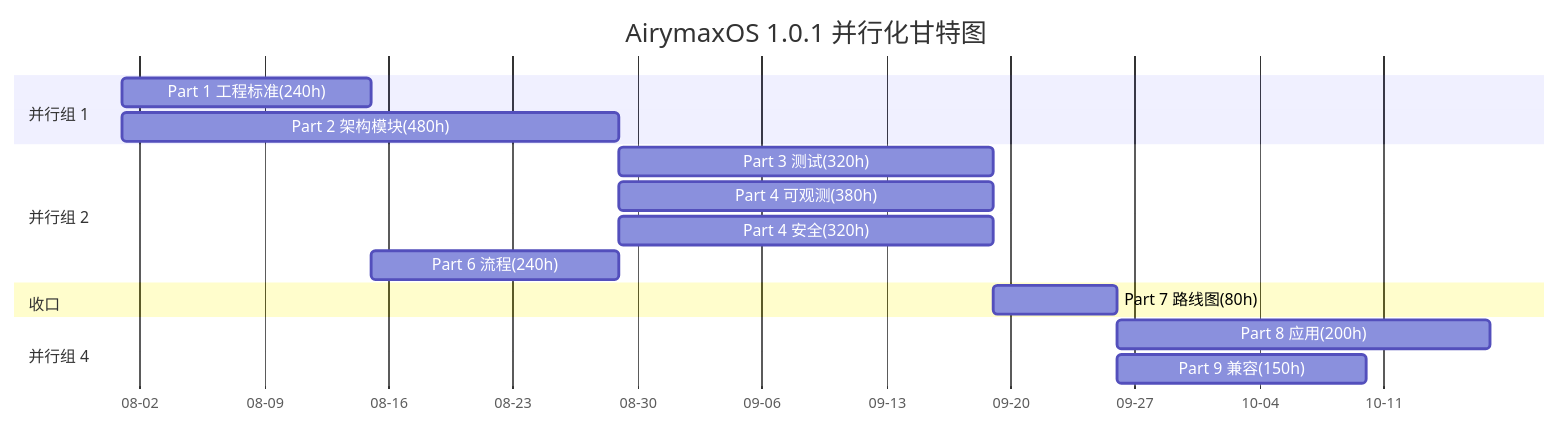
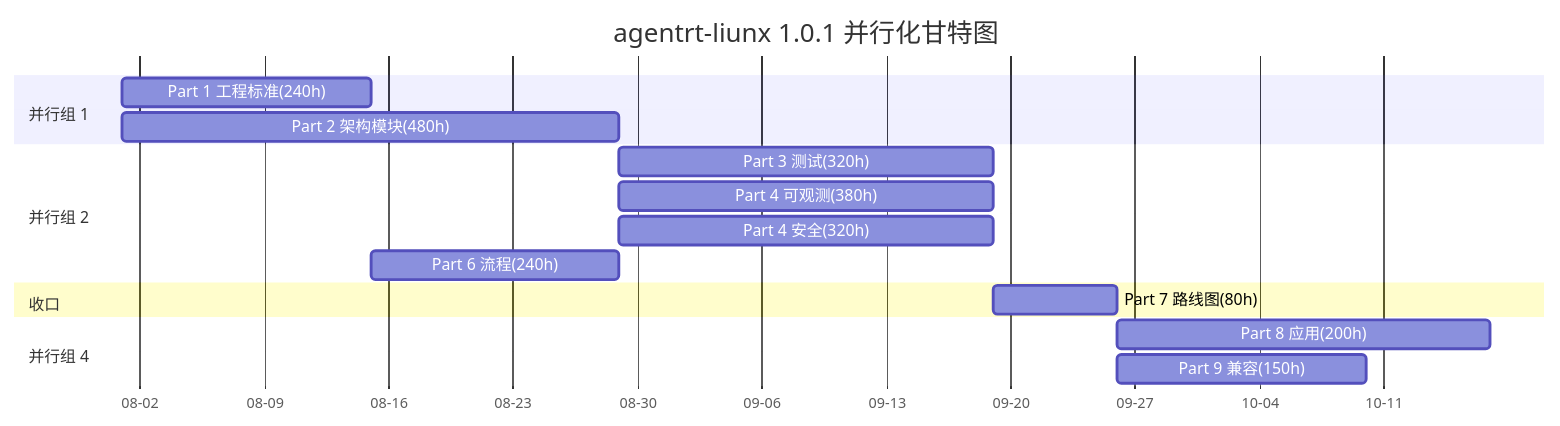
The fourth of 5 diagrams in AirymaxAgentOS/130-roadmap/04-dependency-graph.md (openairymax/docs), drawn with Mermaid before and after one commit. The commit also changed other lines of this file and 99 other files, not shown here.

````diff
--- a/AirymaxAgentOS/130-roadmap/04-dependency-graph.md
+++ b/AirymaxAgentOS/130-roadmap/04-dependency-graph.md
@@ -228,19 +228,19 @@
 ```mermaid
 gantt
-    title AirymaxOS 1.0.1 并行化甘特图
+    title agentrt-liunx 1.0.1 并行化甘特图
     dateFormat  YYYY-MM-DD
     axisFormat  %m-%d
     section 并行组 1
     Part 1 工程标准(240h) :p1, 2026-08-01, 14d
     Part 2 架构模块(480h) :p2, 2026-08-01, 28d
     section 并行组 2
     Part 3 测试(320h)     :p3, after p2, 21d
     Part 4 可观测(380h)   :p4, after p2, 21d
     Part 4 安全(320h)     :p5, after p2, 21d
     Part 6 流程(240h)    :p6, after p1, 14d
     section 收口
     Part 7 路线图(80h)    :p7, after p3, 7d
     section 并行组 4
     Part 8 应用(200h)     :p8, after p7, 21d
     Part 9 兼容(150h)     :p9, after p7, 14d
 ```
````
